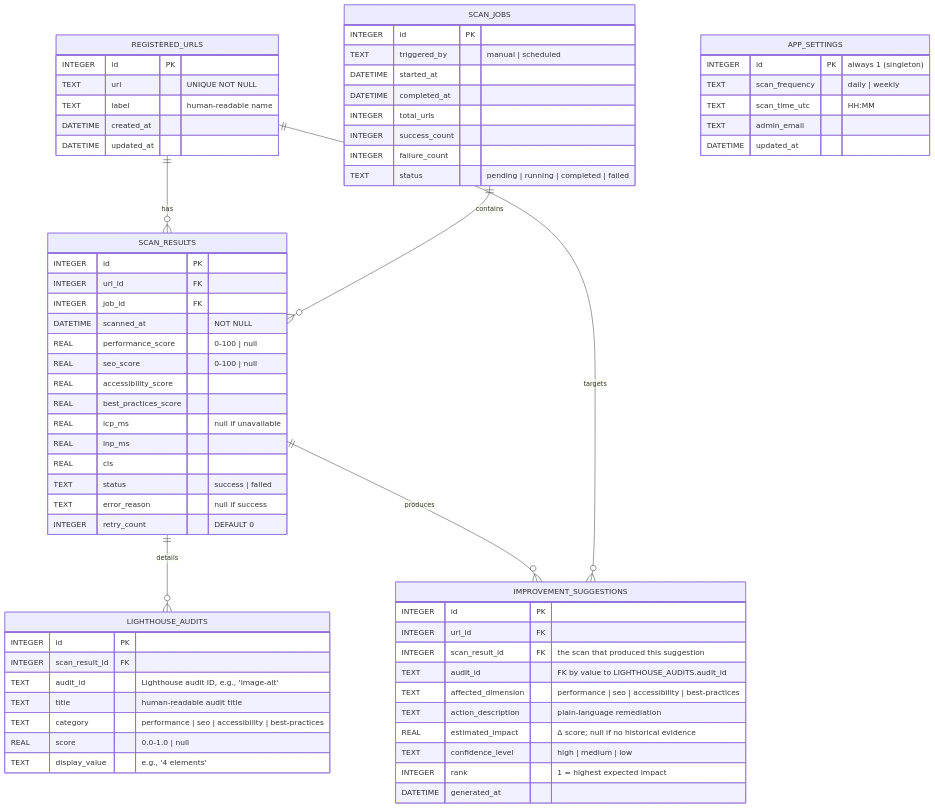
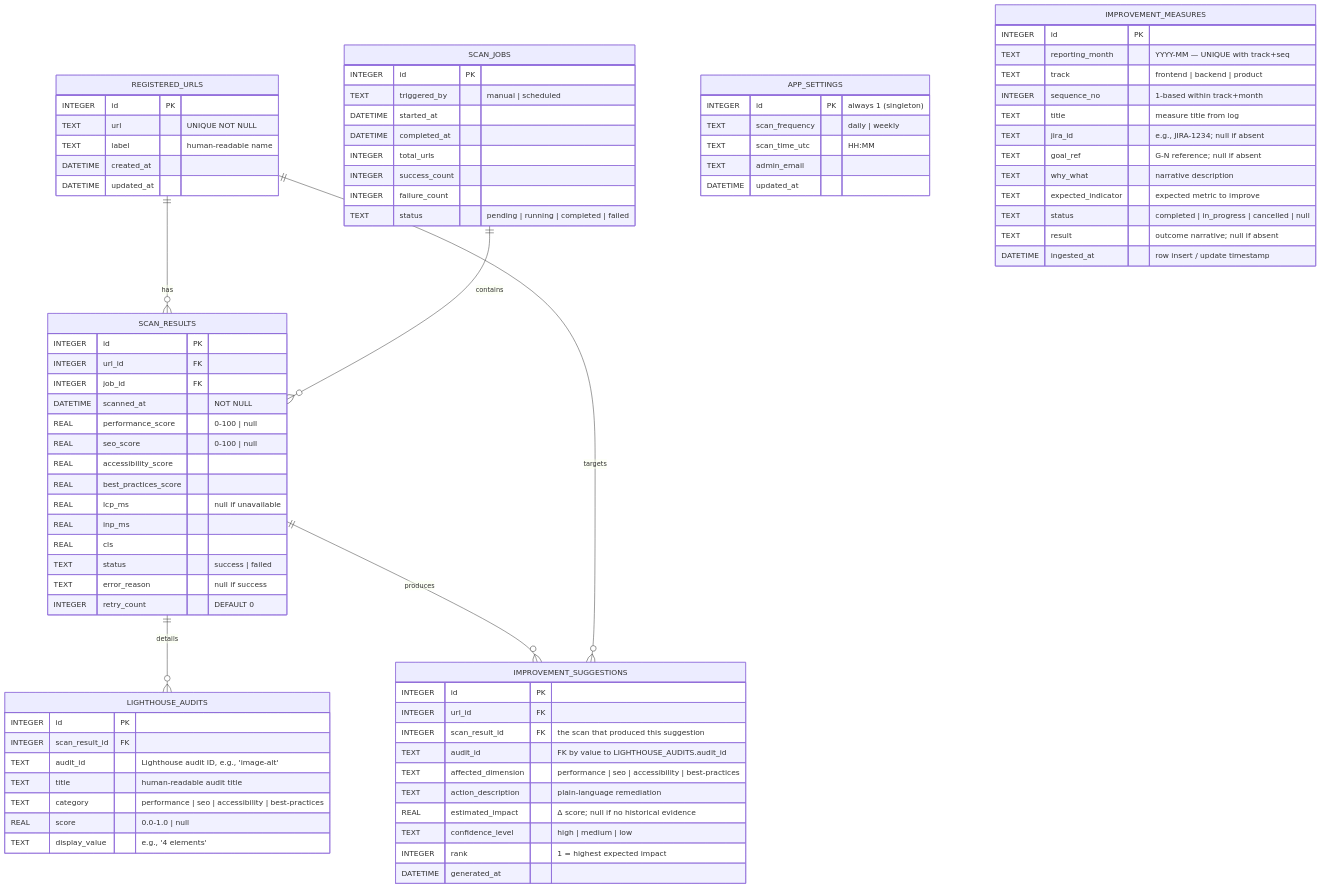
One commit to Ryosuke-Kawashima-Career/AI-SEO changed the ninth of 9 diagrams in specs/design.md. Above: the diagram before and after it, drawn with Mermaid. The commit also changed other lines of this file and 11 other files, not shown here.

```diff
--- a/specs/design.md
+++ b/specs/design.md
@@ -354,6 +364,21 @@
         DATETIME generated_at
     }
 
+    IMPROVEMENT_MEASURES {
+        INTEGER id PK
+        TEXT    reporting_month   "YYYY-MM — UNIQUE with track+seq"
+        TEXT    track             "frontend | backend | product"
+        INTEGER sequence_no       "1-based within track+month"
+        TEXT    title             "measure title from log"
+        TEXT    jira_id           "e.g., JIRA-1234; null if absent"
+        TEXT    goal_ref          "G-N reference; null if absent"
+        TEXT    why_what          "narrative description"
+        TEXT    expected_indicator "expected metric to improve"
+        TEXT    status            "completed | in_progress | cancelled | null"
+        TEXT    result            "outcome narrative; null if absent"
+        DATETIME ingested_at      "row insert / update timestamp"
+    }
+
     REGISTERED_URLS ||--o{ SCAN_RESULTS         : "has"
     SCAN_JOBS       ||--o{ SCAN_RESULTS         : "contains"
     SCAN_RESULTS    ||--o{ LIGHTHOUSE_AUDITS    : "details"
```
